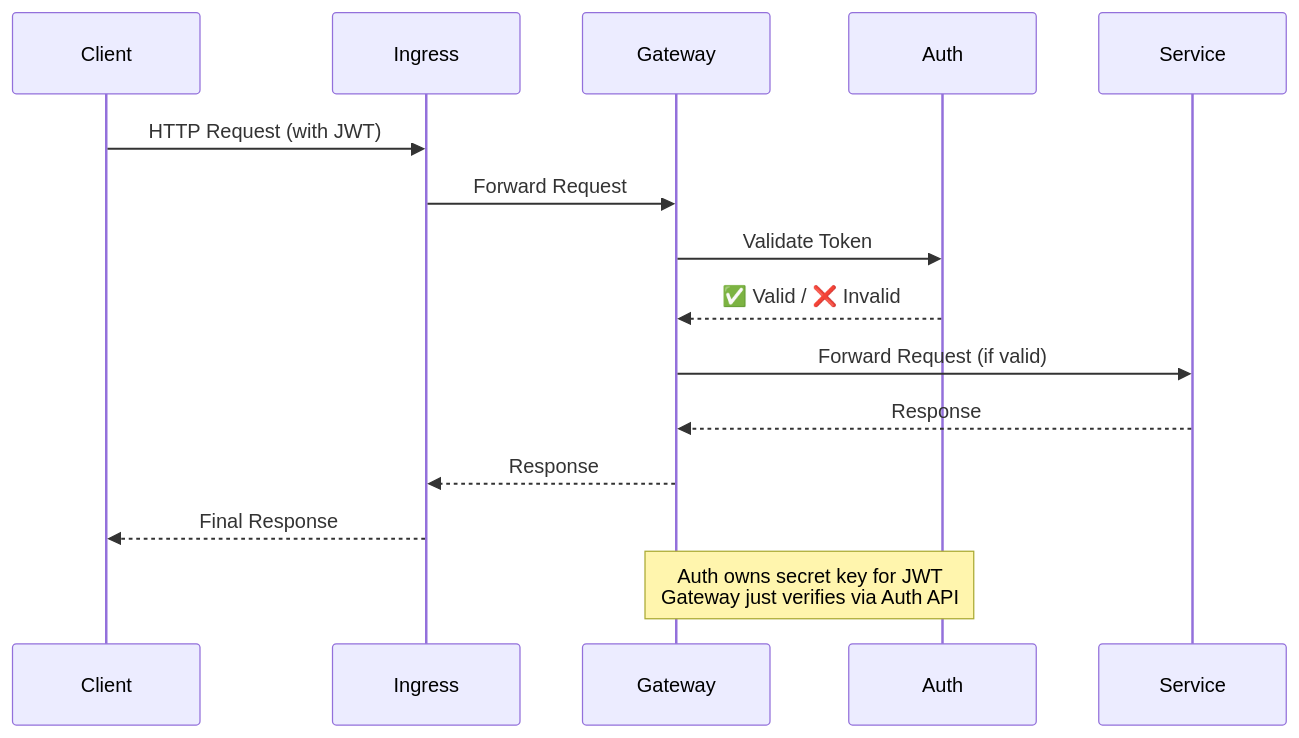
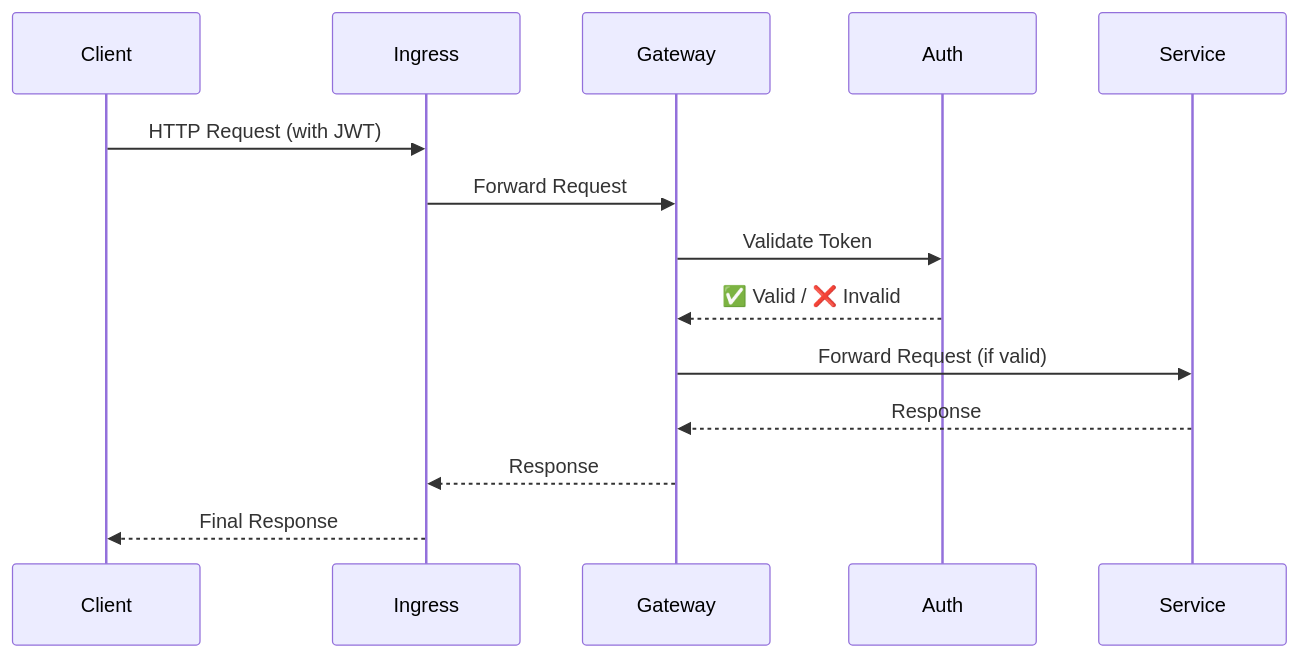
The second of 3 diagrams in README.md (AdilAbubacker/rentezy_backend), drawn with Mermaid before and after one commit. The commit also changed other lines of this file, not shown here.

````diff
--- a/README.md
+++ b/README.md
@@ -364,19 +363,17 @@
 ```mermaid
 sequenceDiagram
     participant Client
     participant Ingress
     participant Gateway
     participant Auth
     participant Service
 
     Client->>Ingress: HTTP Request (with JWT)
     Ingress->>Gateway: Forward Request
     Gateway->>Auth: Validate Token
     Auth-->>Gateway: ✅ Valid / ❌ Invalid
     Gateway->>Service: Forward Request (if valid)
     Service-->>Gateway: Response
     Gateway-->>Ingress: Response
     Ingress-->>Client: Final Response
-
-    Note over Gateway,Auth: Auth owns secret key for JWT<br>Gateway just verifies via Auth API
 ```
````
